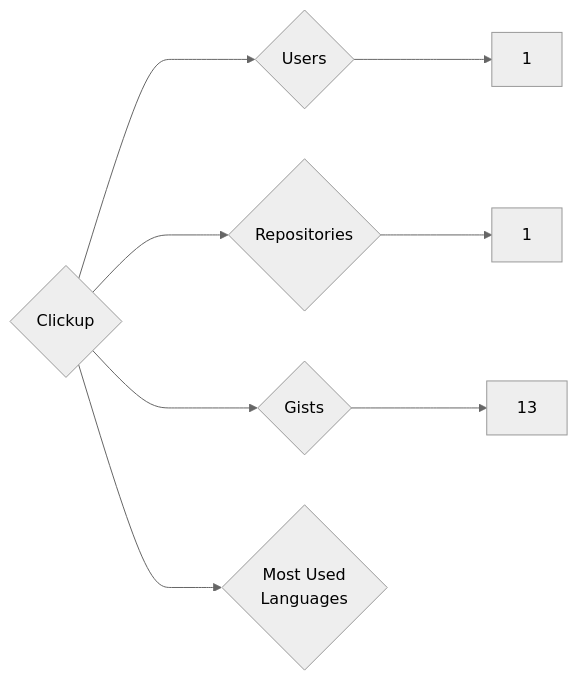
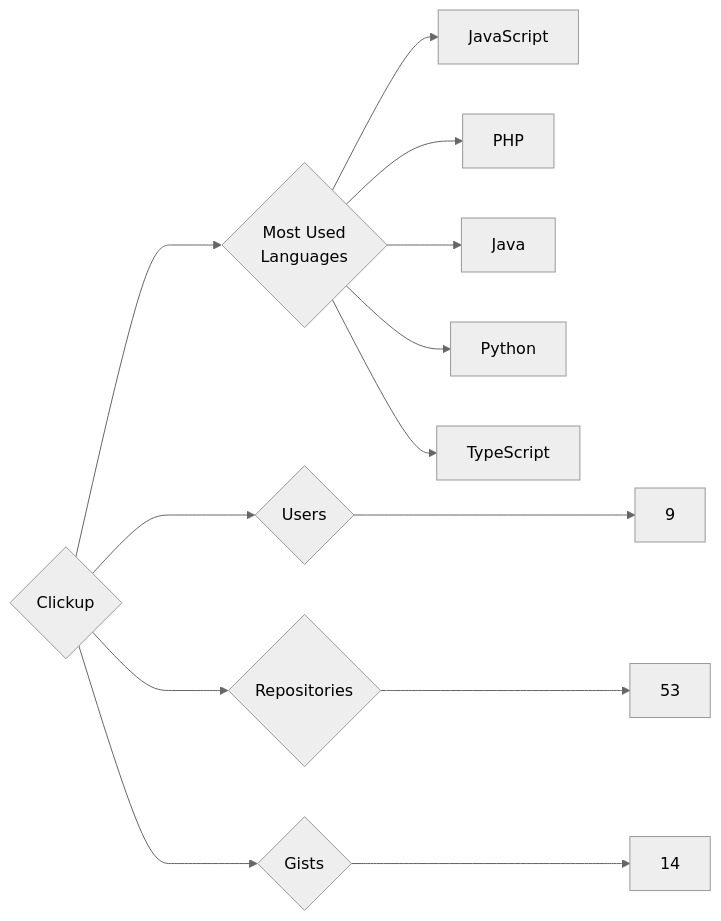
Before and after one commit to trickest/insiders: the diagram in targets/Clickup/README.md, drawn with Mermaid (neutral theme). The commit also changed 1166 other files, not shown here.

````diff
--- a/targets/Clickup/README.md
+++ b/targets/Clickup/README.md
@@ -3,8 +3,13 @@
 ```mermaid
 graph LR
 COMPANY_NAME{Clickup}
-COMPANY_NAME ---> U{Users} ---> UN[1]
-COMPANY_NAME ---> R{Repositories} ---> RN[1]
-COMPANY_NAME ---> G{Gists} ---> GN[13]
+COMPANY_NAME ---> U{Users} ---> UN[9]
+COMPANY_NAME ---> R{Repositories} ---> RN[53]
+COMPANY_NAME ---> G{Gists} ---> GN[14]
 COMPANY_NAME ---> ML{Most Used<br>Languages}
+ML --> JavaScript[JavaScript]
+ML --> PHP[PHP]
+ML --> Java[Java]
+ML --> Python[Python]
+ML --> TypeScript[TypeScript]
 ```
````
